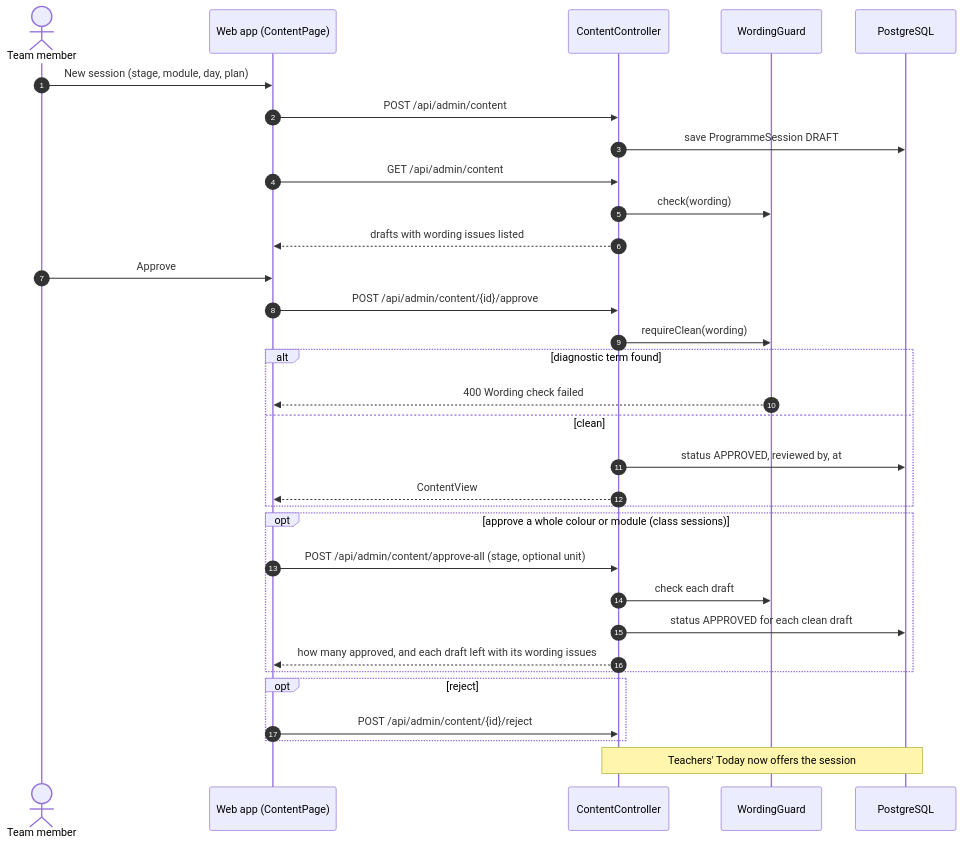
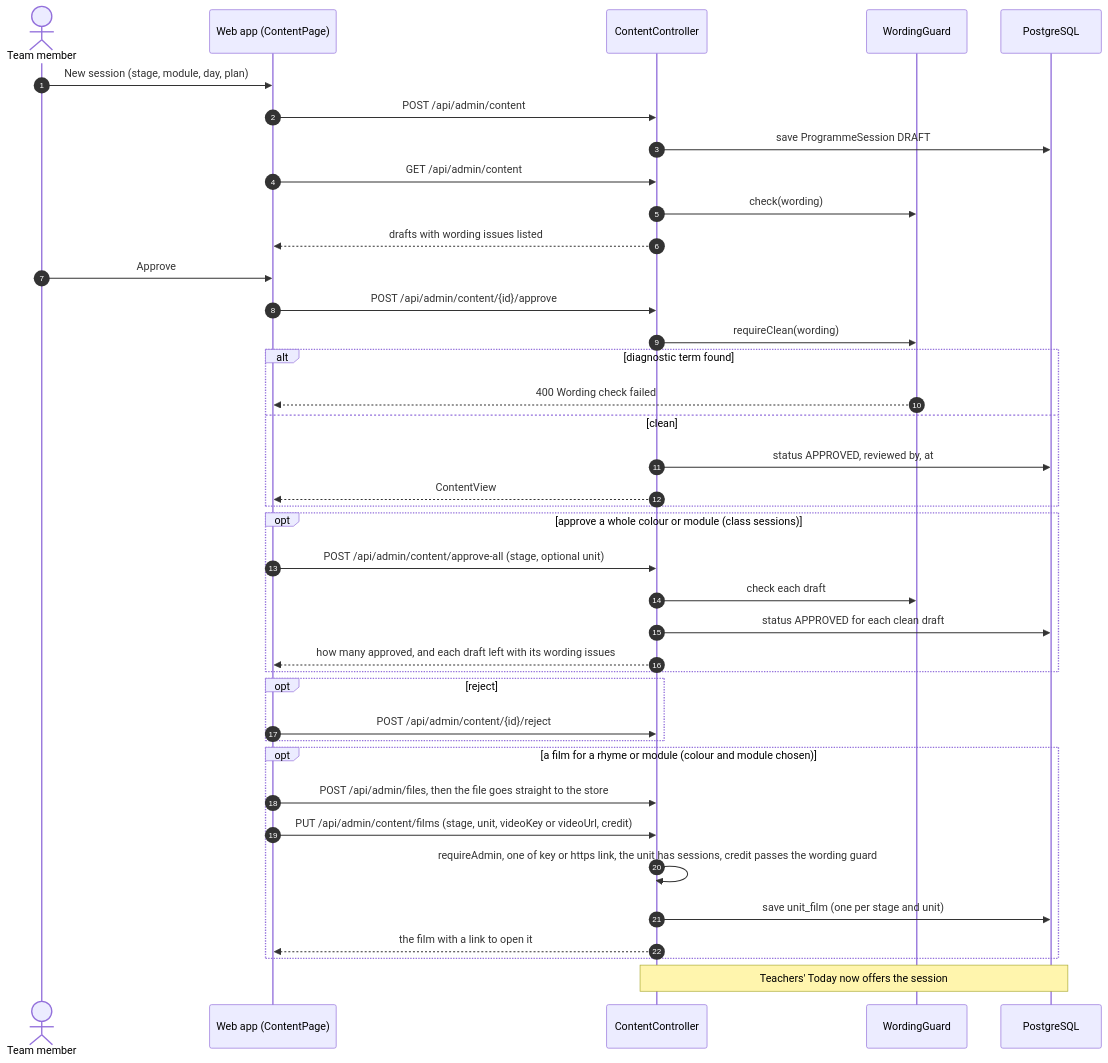
The first of 4 diagrams in docs/flows/7-motor-movers-team.md (ersagarnikam/MoterMoversPlatform), drawn with Mermaid before and after one commit. The commit also changed other lines of this file and 25 other files, not shown here.

First line of the commit message:
Attach one film to a rhyme or module and play it in sessions

````diff
--- a/docs/flows/7-motor-movers-team.md
+++ b/docs/flows/7-motor-movers-team.md
@@ -28,34 +32,41 @@
 ```mermaid
 sequenceDiagram
   autonumber
   actor A as Team member
   participant W as Web app (ContentPage)
   participant API as ContentController
   participant G as WordingGuard
   participant DB as PostgreSQL
   A->>W: New session (stage, module, day, plan)
   W->>API: POST /api/admin/content
   API->>DB: save ProgrammeSession DRAFT
   W->>API: GET /api/admin/content
   API->>G: check(wording)
   API-->>W: drafts with wording issues listed
   A->>W: Approve
   W->>API: POST /api/admin/content/{id}/approve
   API->>G: requireClean(wording)
   alt diagnostic term found
     G-->>W: 400 Wording check failed
   else clean
     API->>DB: status APPROVED, reviewed by, at
     API-->>W: ContentView
   end
   opt approve a whole colour or module (class sessions)
     W->>API: POST /api/admin/content/approve-all (stage, optional unit)
     API->>G: check each draft
     API->>DB: status APPROVED for each clean draft
     API-->>W: how many approved, and each draft left with its wording issues
   end
   opt reject
     W->>API: POST /api/admin/content/{id}/reject
   end
+  opt a film for a rhyme or module (colour and module chosen)
+    W->>API: POST /api/admin/files, then the file goes straight to the store
+    W->>API: PUT /api/admin/content/films (stage, unit, videoKey or videoUrl, credit)
+    API->>API: requireAdmin, one of key or https link, the unit has sessions, credit passes the wording guard
+    API->>DB: save unit_film (one per stage and unit)
+    API-->>W: the film with a link to open it
+  end
   Note over API,DB: Teachers' Today now offers the session
 ```
````
